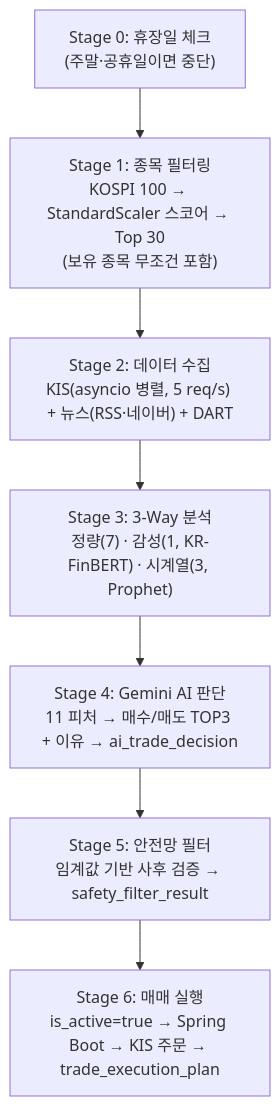
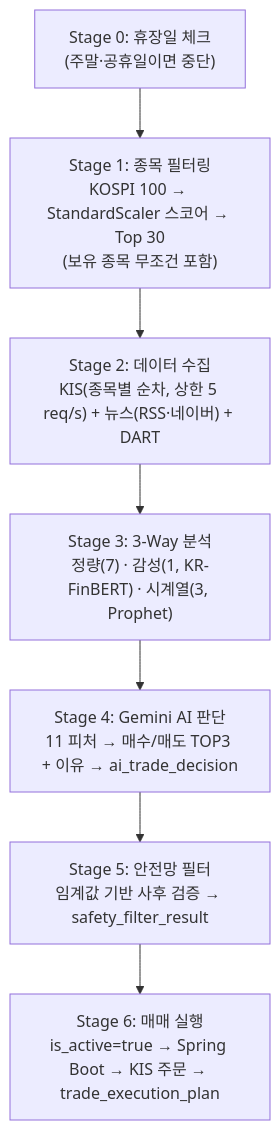
Before and after one commit to Lib0823/AssetManage_Agent-Project: the second of 2 diagrams in ontology_temp/system-architecture.md, drawn with Mermaid. The commit also changed other lines of this file and 21 other files, not shown here.

````diff
--- a/ontology_temp/system-architecture.md
+++ b/ontology_temp/system-architecture.md
@@ -87,12 +87,12 @@
 ```mermaid
 flowchart TD
     S0["Stage 0: 휴장일 체크<br/>(주말·공휴일이면 중단)"]
     S1["Stage 1: 종목 필터링<br/>KOSPI 100 → StandardScaler 스코어 → Top 30<br/>(보유 종목 무조건 포함)"]
-    S2["Stage 2: 데이터 수집<br/>KIS(asyncio 병렬, 5 req/s) + 뉴스(RSS·네이버) + DART"]
+    S2["Stage 2: 데이터 수집<br/>KIS(종목별 순차, 상한 5 req/s) + 뉴스(RSS·네이버) + DART"]
     S3["Stage 3: 3-Way 분석<br/>정량(7) · 감성(1, KR-FinBERT) · 시계열(3, Prophet)"]
     S5["Stage 4: Gemini AI 판단<br/>11 피처 → 매수/매도 TOP3 + 이유 → ai_trade_decision"]
     S6["Stage 5: 안전망 필터<br/>임계값 기반 사후 검증 → safety_filter_result"]
     S7["Stage 6: 매매 실행<br/>is_active=true → Spring Boot → KIS 주문 → trade_execution_plan"]
 
     S0 --> S1 --> S2 --> S3 --> S5 --> S6 --> S7
 ```
````
